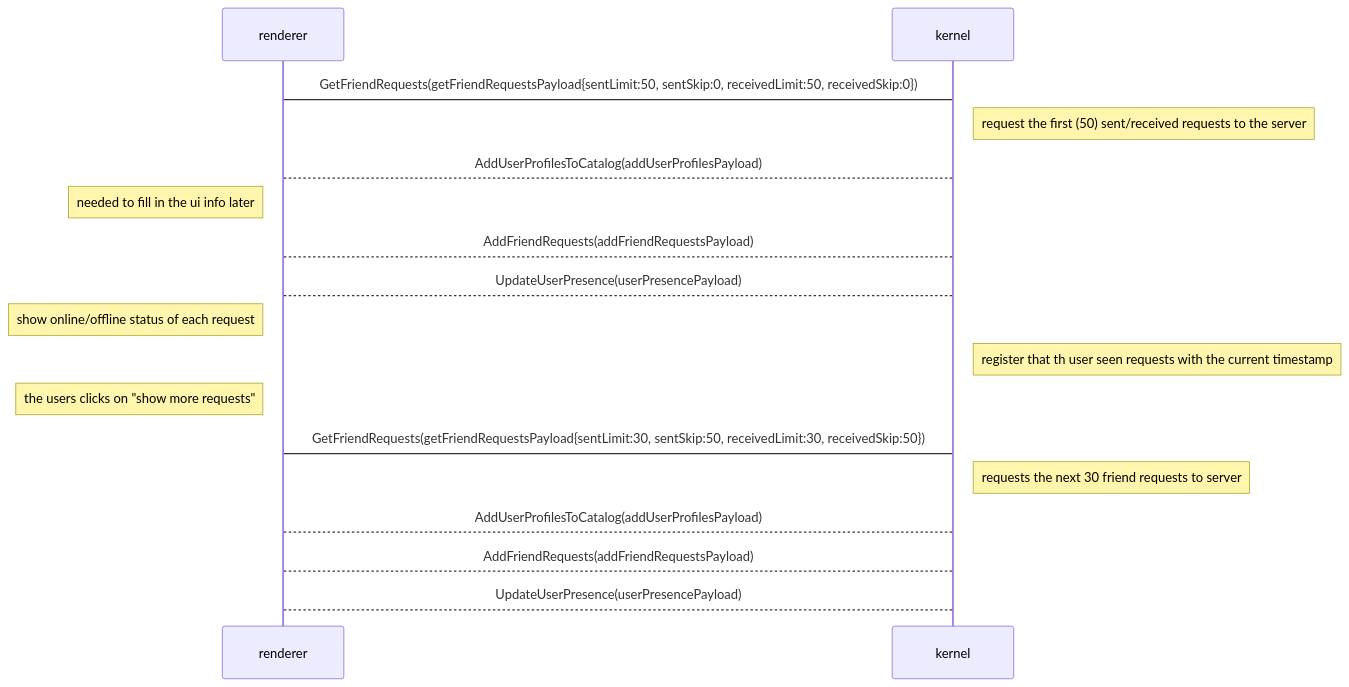
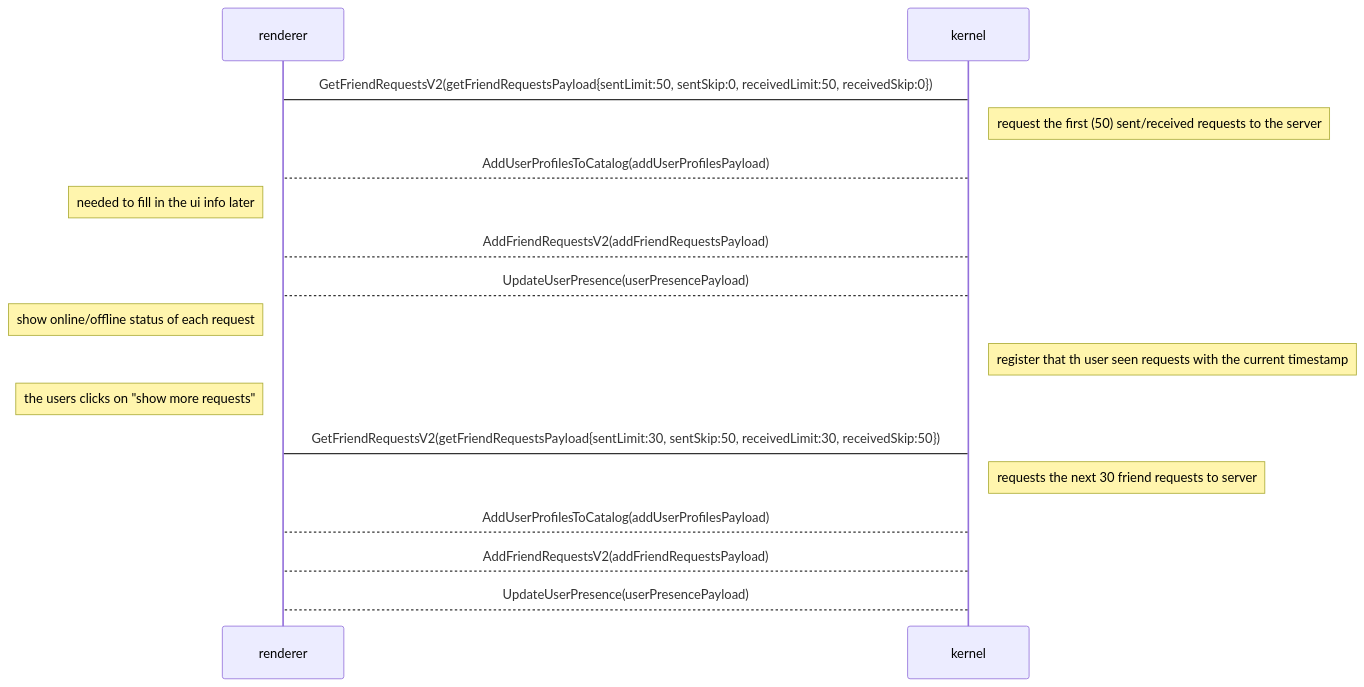
Before and after one commit to decentraland/adr: the sixth of 6 diagrams in content/ADR-137-new-friend-request.md, drawn with Mermaid. The commit also changed other lines of this file, not shown here.

Commit message:
cancel friend request returns a friend request payload and replaced GetFriendRequestsV2 & AddFriendRequestsV2

````diff
--- a/content/ADR-137-new-friend-request.md
+++ b/content/ADR-137-new-friend-request.md
@@ -215,20 +215,20 @@
 ```mermaid
 sequenceDiagram
   participant renderer
   participant kernel
   
-renderer->kernel: GetFriendRequests(getFriendRequestsPayload{sentLimit:50, sentSkip:0, receivedLimit:50, receivedSkip:0})
+renderer->kernel: GetFriendRequestsV2(getFriendRequestsPayload{sentLimit:50, sentSkip:0, receivedLimit:50, receivedSkip:0})
 note right of kernel: request the first (50) sent/received requests to the server
 kernel-->renderer: AddUserProfilesToCatalog(addUserProfilesPayload)
 note left of renderer: needed to fill in the ui info later
-kernel-->renderer: AddFriendRequests(addFriendRequestsPayload)
+kernel-->renderer: AddFriendRequestsV2(addFriendRequestsPayload)
 kernel-->renderer: UpdateUserPresence(userPresencePayload)
 note left of renderer: show online/offline status of each request
 note right of kernel: register that th user seen requests with the current timestamp
 note left of renderer: the users clicks on "show more requests"
-renderer->kernel: GetFriendRequests(getFriendRequestsPayload{sentLimit:30, sentSkip:50, receivedLimit:30, receivedSkip:50})
+renderer->kernel: GetFriendRequestsV2(getFriendRequestsPayload{sentLimit:30, sentSkip:50, receivedLimit:30, receivedSkip:50})
 note right of kernel: requests the next 30 friend requests to server
 kernel-->renderer: AddUserProfilesToCatalog(addUserProfilesPayload)
-kernel-->renderer: AddFriendRequests(addFriendRequestsPayload)
+kernel-->renderer: AddFriendRequestsV2(addFriendRequestsPayload)
 kernel-->renderer: UpdateUserPresence(userPresencePayload)
 ```
````
